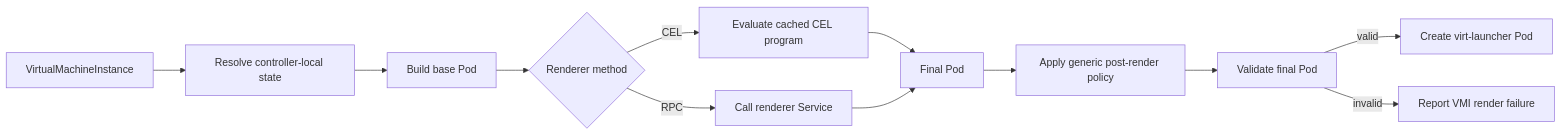
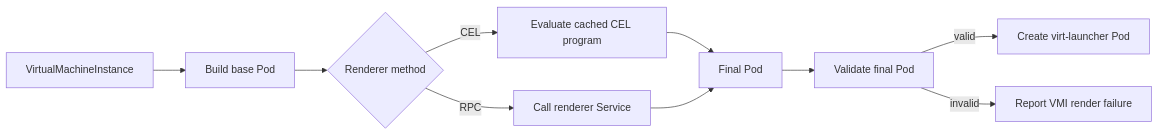
One commit to harshitgupta1337/kubevirt-enhancements changed the diagram in veps/sig-compute/82-plugin-virtstack/virt-controller-plugin-vep.md. Above: the diagram before and after it, drawn with Mermaid. The commit also changed other lines of this file, not shown here.

````diff
--- a/veps/sig-compute/82-plugin-virtstack/virt-controller-plugin-vep.md
+++ b/veps/sig-compute/82-plugin-virtstack/virt-controller-plugin-vep.md
@@ -155,14 +152,12 @@
 ```mermaid
 flowchart LR
-    VMI[VirtualMachineInstance] --> Resolve[Resolve controller-local state]
-    Resolve --> Base[Build base Pod]
+    VMI[VirtualMachineInstance] -->  Base[Build base Pod]
     Base --> Select{Renderer method}
     Select -->|CEL| CEL[Evaluate cached CEL program]
     Select -->|RPC| RPC[Call renderer Service]
     CEL --> Final[Final Pod]
     RPC --> Final
-    Final --> Policy[Apply generic post-render policy]
-    Policy --> Validate[Validate final Pod]
+    Final --> Validate[Validate final Pod]
     Validate -->|valid| Create[Create virt-launcher Pod]
     Validate -->|invalid| Failure[Report VMI render failure]
 ```
````
